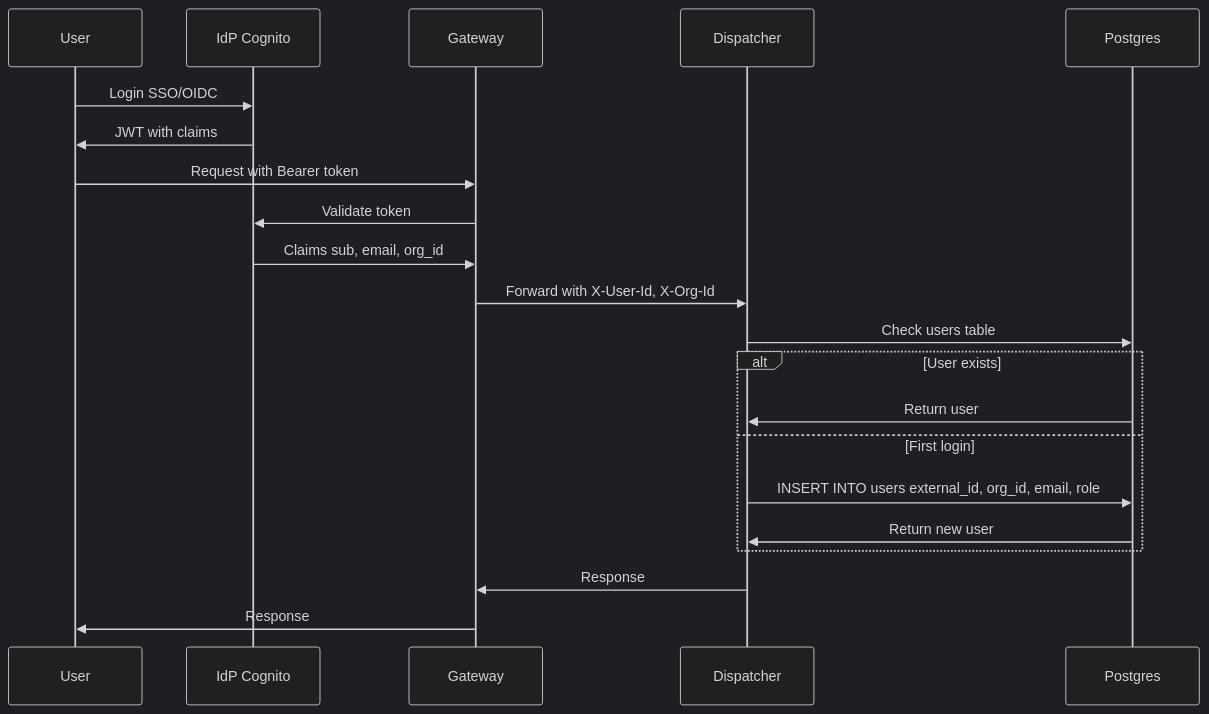
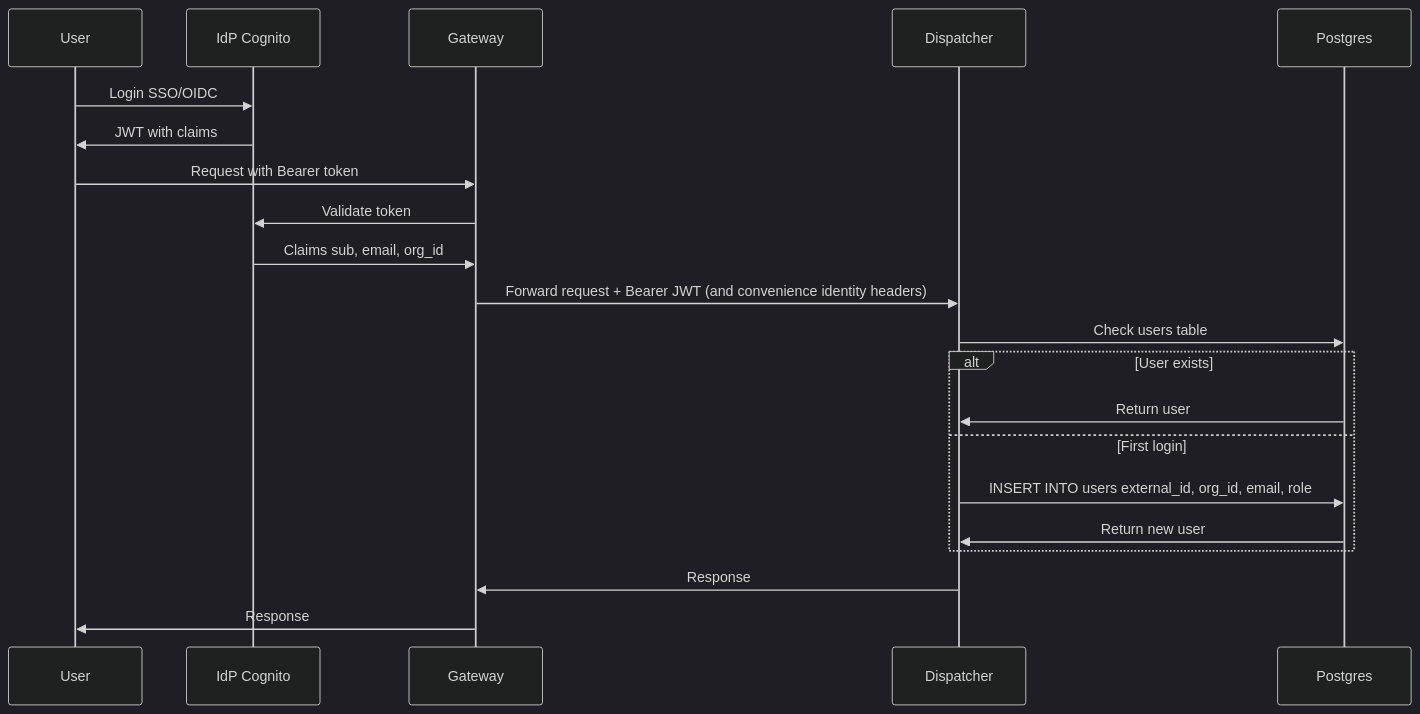
One commit to c7121/trace changed the diagram in docs/standards/security_model.md. Above: the diagram before and after it, drawn with Mermaid (dark theme). The commit also changed other lines of this file and 11 other files, not shown here.

````diff
--- a/docs/standards/security_model.md
+++ b/docs/standards/security_model.md
@@ -195,24 +216,24 @@
 ```mermaid
 sequenceDiagram
     participant U as User
     participant IDP as IdP Cognito
     participant GW as Gateway
     participant D as Dispatcher
     participant PG as Postgres
 
     U->>IDP: Login SSO/OIDC
     IDP->>U: JWT with claims
     U->>GW: Request with Bearer token
     GW->>IDP: Validate token
     IDP->>GW: Claims sub, email, org_id
-    GW->>D: Forward with X-User-Id, X-Org-Id
+    GW->>D: Forward request + Bearer JWT (and convenience identity headers)
     D->>PG: Check users table
     alt User exists
         PG->>D: Return user
     else First login
         D->>PG: INSERT INTO users external_id, org_id, email, role
         PG->>D: Return new user
     end
     D->>GW: Response
     GW->>U: Response
 ```
````
